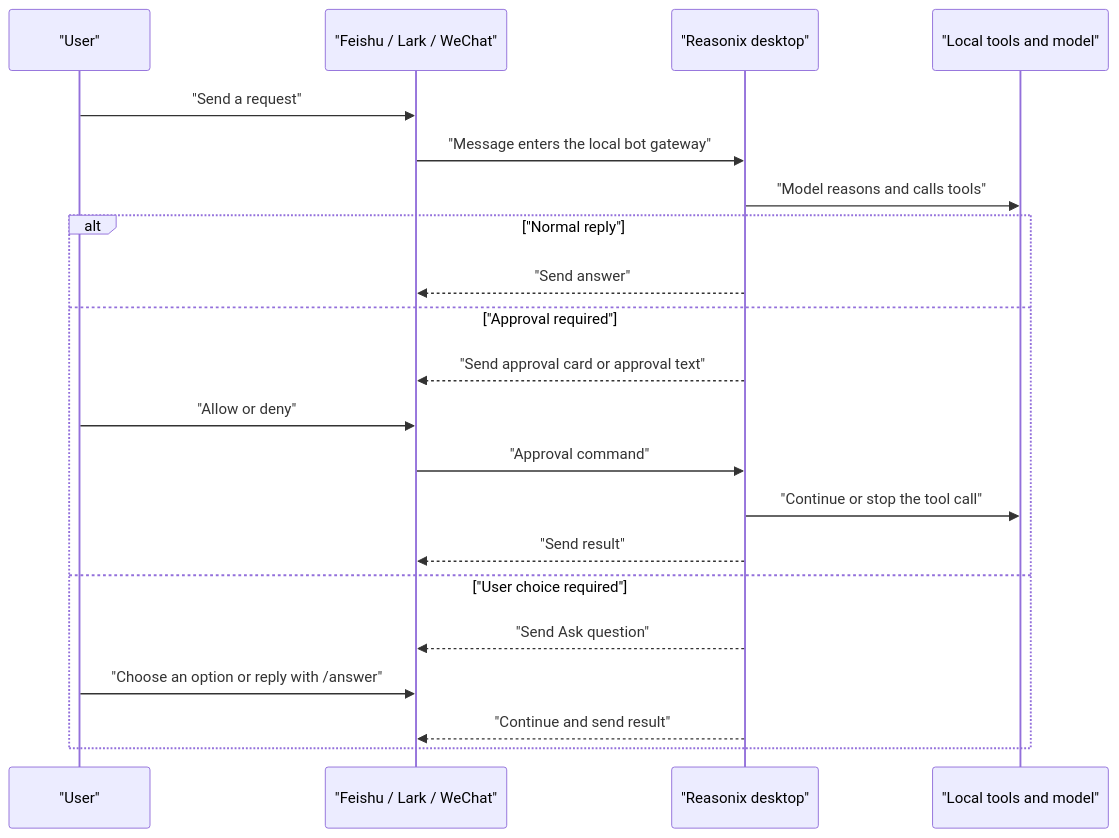
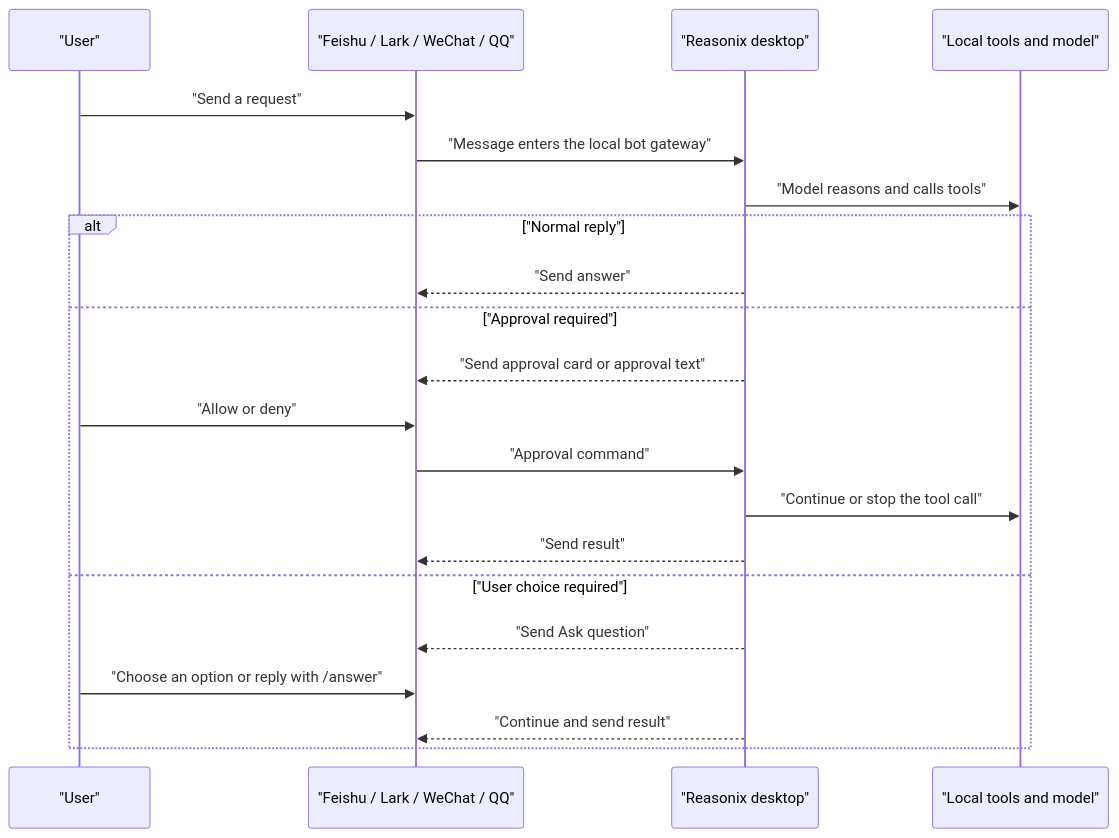
Before and after one commit to zuohuadong/volt-gui: the second of 3 diagrams in docs/BOT_GUIDE.md, drawn with Mermaid. The commit also changed other lines of this file and 1 other file, not shown here.

````diff
--- a/docs/BOT_GUIDE.md
+++ b/docs/BOT_GUIDE.md
@@ -133,24 +148,24 @@
 ```mermaid
 sequenceDiagram
   participant U as "User"
-  participant IM as "Feishu / Lark / WeChat"
+  participant IM as "Feishu / Lark / WeChat / QQ"
   participant R as "Reasonix desktop"
   participant T as "Local tools and model"
 
   U->>IM: "Send a request"
   IM->>R: "Message enters the local bot gateway"
   R->>T: "Model reasons and calls tools"
   alt "Normal reply"
     R-->>IM: "Send answer"
   else "Approval required"
     R-->>IM: "Send approval card or approval text"
     U->>IM: "Allow or deny"
     IM->>R: "Approval command"
     R->>T: "Continue or stop the tool call"
     R-->>IM: "Send result"
   else "User choice required"
     R-->>IM: "Send Ask question"
     U->>IM: "Choose an option or reply with /answer"
     R-->>IM: "Continue and send result"
   end
 ```
````
